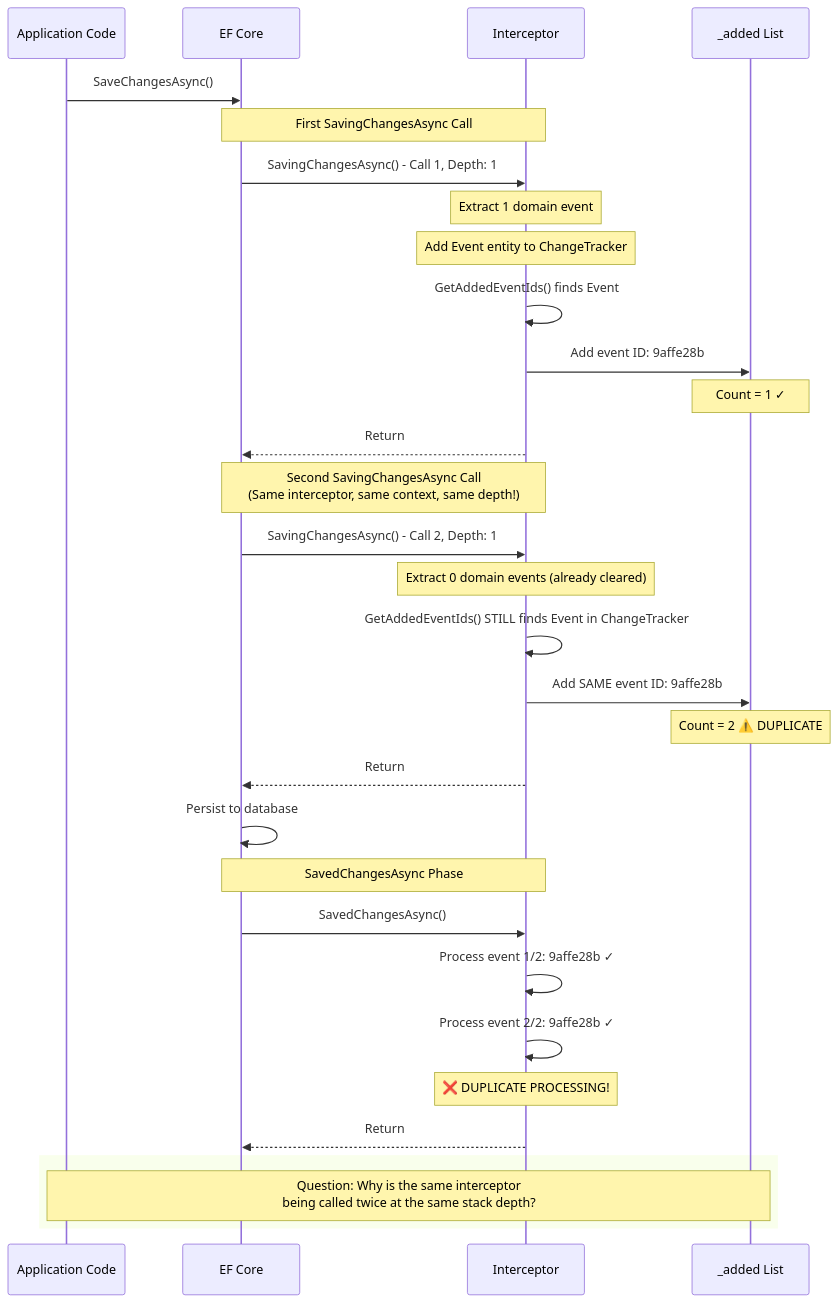
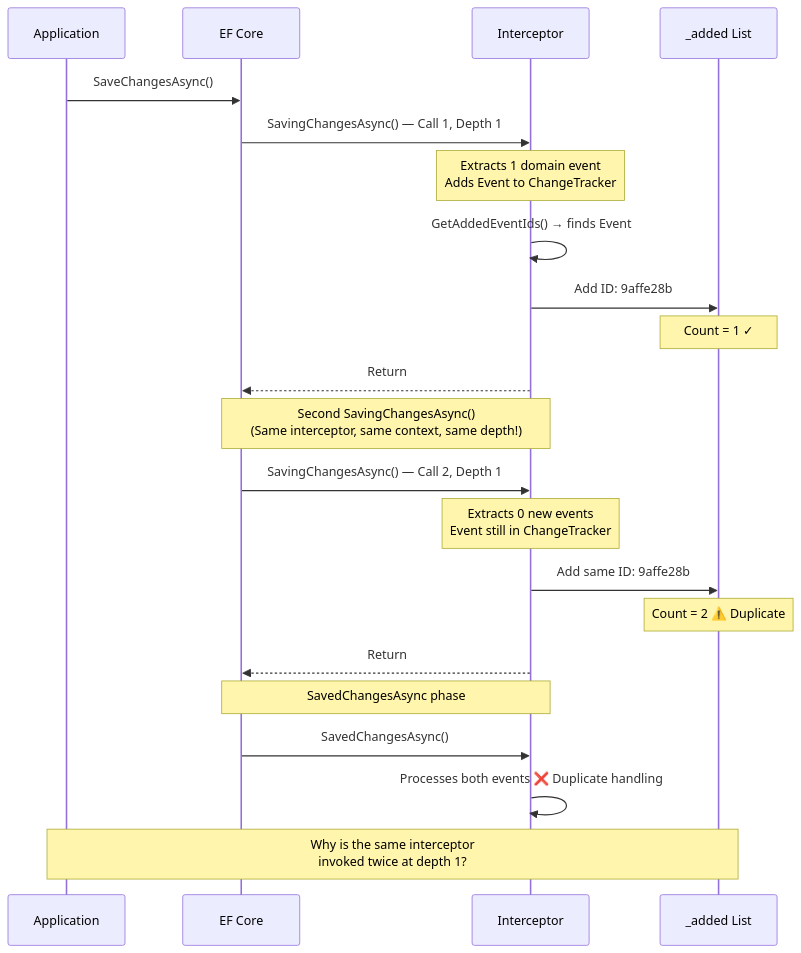
Before and after one commit to harveylx/portfolio-website: the first of 6 diagrams in astro-portfolio/src/data/blog/_2025/debugging-duplicate-event-processing.md, drawn with Mermaid. The commit also changed other lines of this file, not shown here.

Commit message:
Remove mermaid diagrams related to hypothesis testing and interceptor discovery from the debugging blog post, updated other diagrams and broke them apart

````diff
--- a/astro-portfolio/src/data/blog/_2025/debugging-duplicate-event-processing.md
+++ b/astro-portfolio/src/data/blog/_2025/debugging-duplicate-event-processing.md
@@ -192,42 +169,31 @@
 ```mermaid
 sequenceDiagram
-    participant App as Application Code
+    participant App as Application
     participant EF as EF Core
     participant Int as Interceptor #4<br/>(Hash: 00736C33)
     participant List as _added List
 
     App->>EF: SaveChangesAsync()
 
-    Note over EF,Int: First SavingChangesAsync Call
-
-    EF->>Int: SavingChangesAsync() - Call 1, Depth: 1
-    Note over Int: Extract 1 domain event
-    Note over Int: Add Event entity to ChangeTracker
-    Int->>Int: GetAddedEventIds() finds Event
-    Int->>List: Add event ID: 9affe28b
+    EF->>Int: SavingChangesAsync() — Call 1, Depth 1
+    Note over Int: Extracts 1 domain event<br/>Adds Event to ChangeTracker
+    Int->>Int: GetAddedEventIds() → finds Event
+    Int->>List: Add ID: 9affe28b
     Note over List: Count = 1 ✓
     Int-->>EF: Return
 
-    Note over EF,Int: Second SavingChangesAsync Call<br/>(Same interceptor, same context, same depth!)
+    Note over EF,Int: Second SavingChangesAsync()<br/>(Same interceptor, same context, same depth!)
 
-    EF->>Int: SavingChangesAsync() - Call 2, Depth: 1
-    Note over Int: Extract 0 domain events (already cleared)
-    Int->>Int: GetAddedEventIds() STILL finds Event in ChangeTracker
-    Int->>List: Add SAME event ID: 9affe28b
-    Note over List: Count = 2 ⚠️ DUPLICATE
+    EF->>Int: SavingChangesAsync() — Call 2, Depth 1
+    Note over Int: Extracts 0 new events<br/>Event still in ChangeTracker
+    Int->>List: Add same ID: 9affe28b
+    Note over List: Count = 2 ⚠️ Duplicate
     Int-->>EF: Return
 
-    EF->>EF: Persist to database
-
-    Note over EF,Int: SavedChangesAsync Phase
+    Note over EF,Int: SavedChangesAsync phase
 
     EF->>Int: SavedChangesAsync()
-    Int->>Int: Process event 1/2: 9affe28b ✓
-    Int->>Int: Process event 2/2: 9affe28b ✓
-    Note over Int: ❌ DUPLICATE PROCESSING!
-    Int-->>EF: Return
+    Int->>Int: Processes both events ❌ Duplicate handling
 
-    rect
-        Note over App,List: Question: Why is the same interceptor<br/>being called twice at the same stack depth?
-    end
+    Note over App,List: Why is the same interceptor<br/>invoked twice at depth 1?
 ```
````
